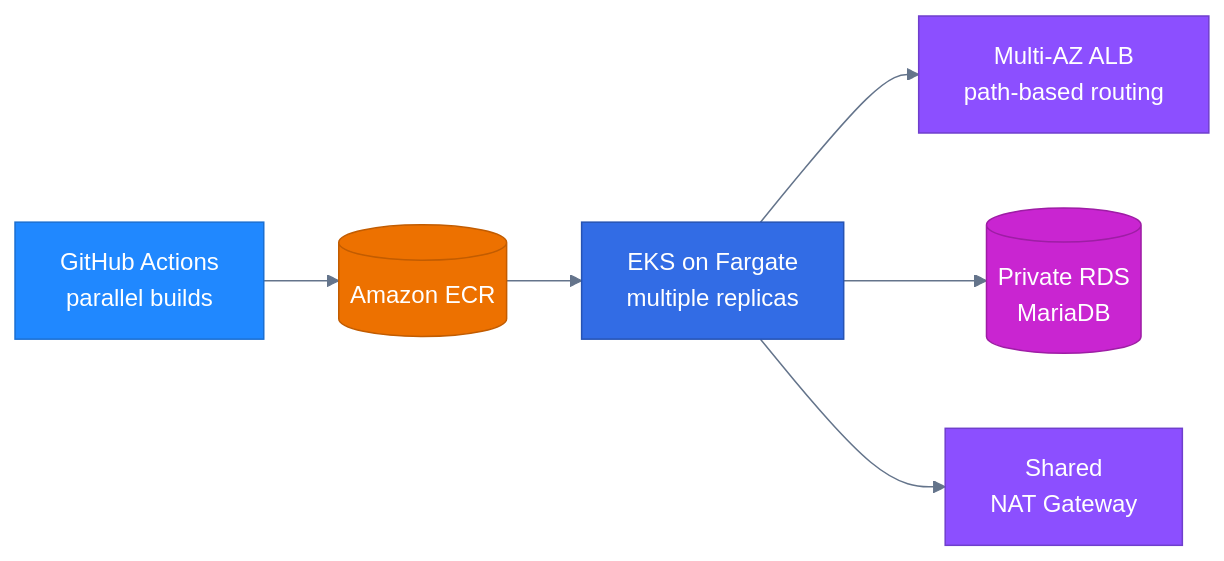
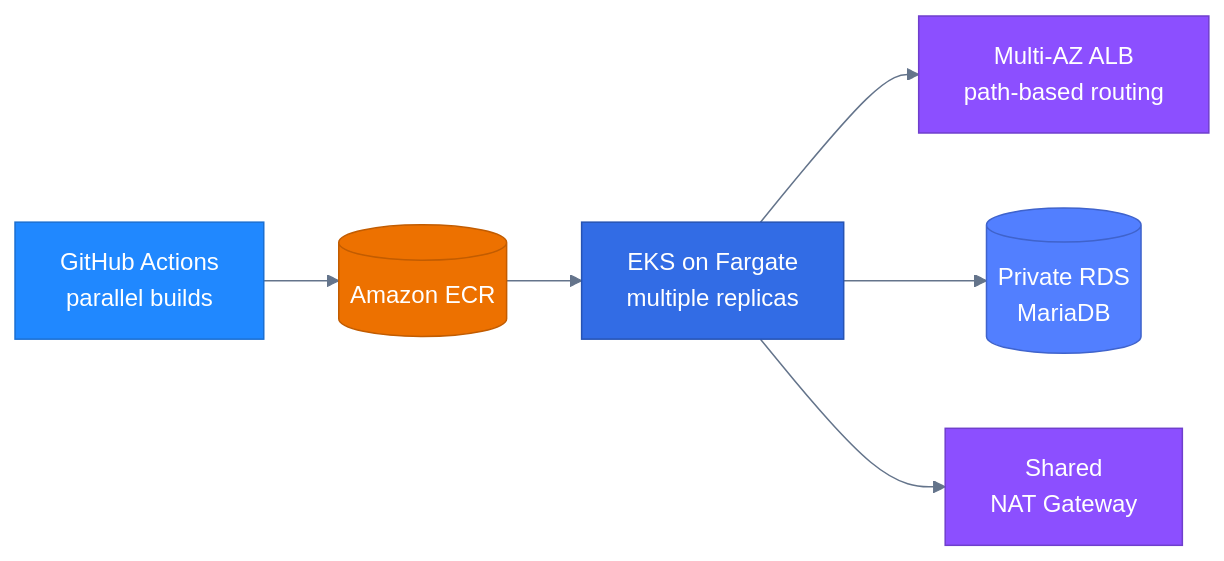
Before and after one commit to Rohit-1920/Rohit-1920: the second of 6 diagrams in README.md, drawn with Mermaid. The commit also changed other lines of this file, not shown here.

````diff
--- a/README.md
+++ b/README.md
@@ -108,18 +132,18 @@
 ```mermaid
 %%{init: {'theme':'base','themeVariables':{'fontFamily':'Inter, ui-sans-serif, system-ui, sans-serif','lineColor':'#64748B','primaryTextColor':'#0F172A'}}}%%
 flowchart LR
   GA["GitHub Actions<br/>parallel builds"] --> ECR[("Amazon ECR")] --> EKS["EKS on Fargate<br/>multiple replicas"] --> ALB["Multi-AZ ALB<br/>path-based routing"]
   EKS --> RDS[("Private RDS<br/>MariaDB")]
   EKS --> NAT["Shared<br/>NAT Gateway"]
 
   classDef ci fill:#2088FF,stroke:#1B6FD1,color:#FFFFFF
   classDef aws fill:#ED7100,stroke:#C25C00,color:#FFFFFF
   classDef net fill:#8C4FFF,stroke:#6F3FCC,color:#FFFFFF
-  classDef db fill:#C925D1,stroke:#9E1DA5,color:#FFFFFF
+  classDef db fill:#527FFF,stroke:#3F63CC,color:#FFFFFF
   classDef k8s fill:#326CE5,stroke:#2653B3,color:#FFFFFF
   class GA ci
   class ECR aws
   class ALB,NAT net
   class RDS db
   class EKS k8s
 ```
````
